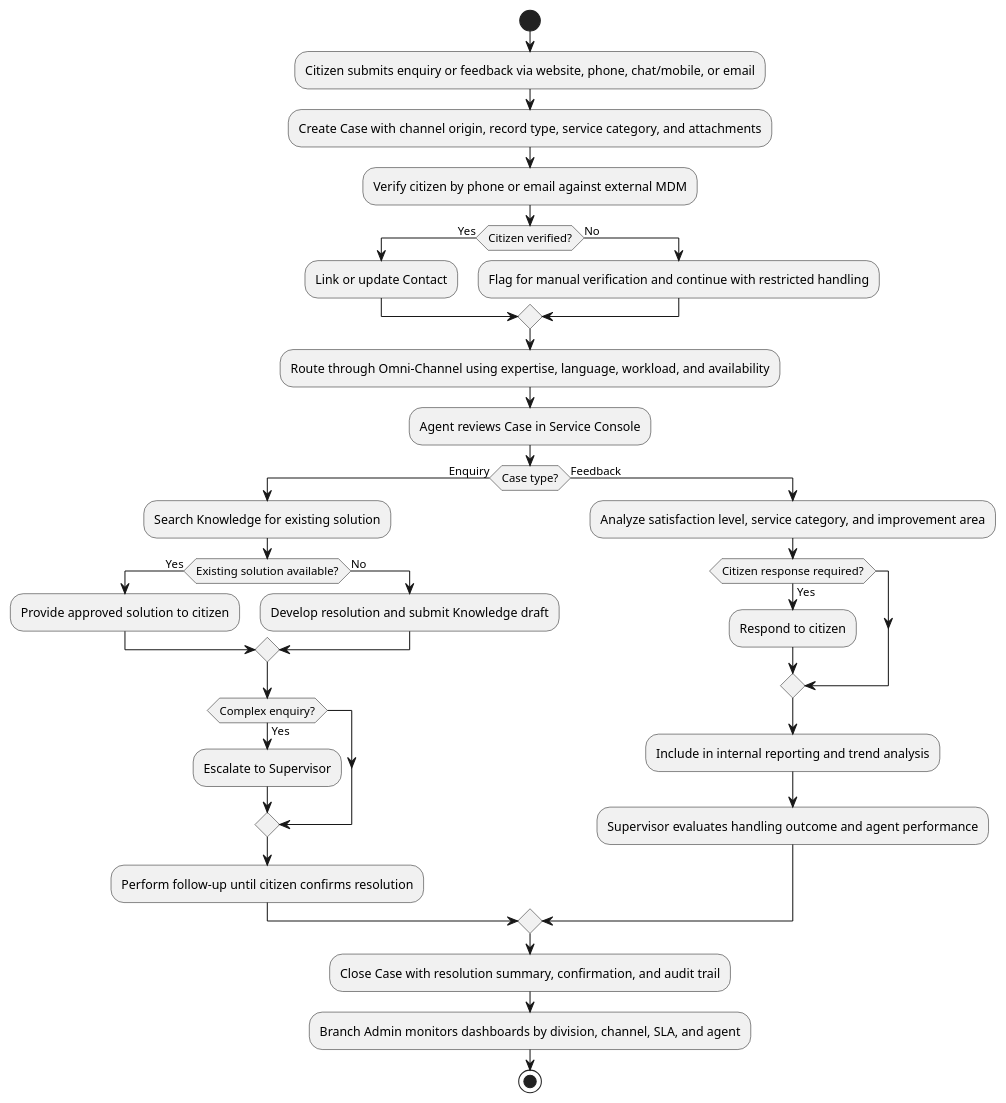
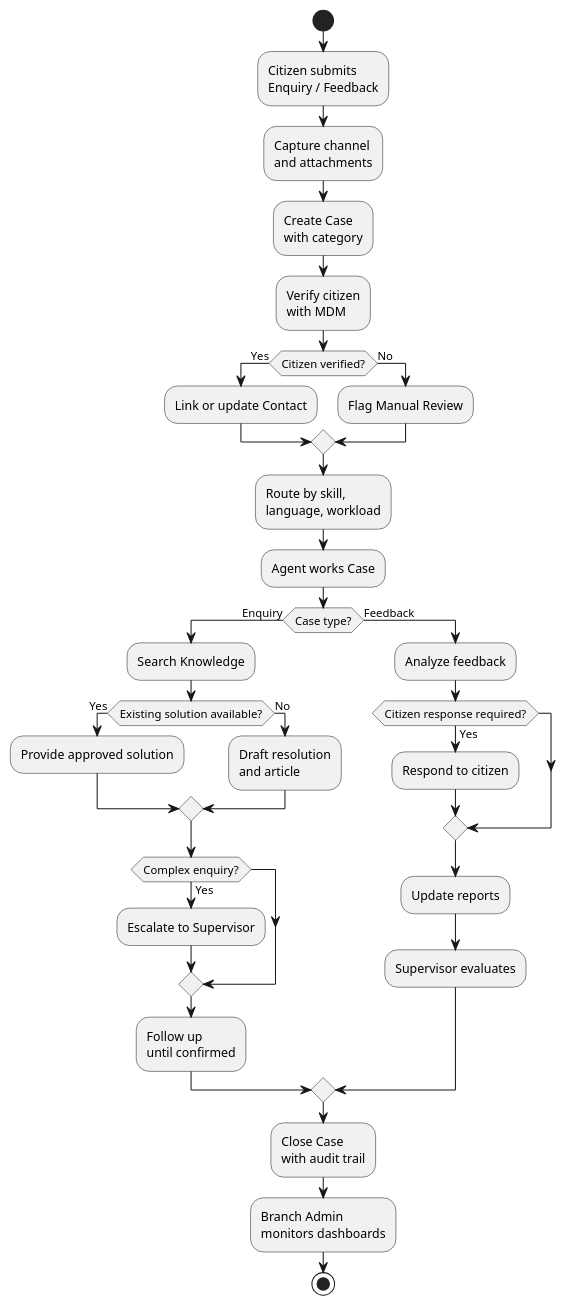
Before and after one commit to jimmytobing/virtusa: the diagram in puml task2/06.01 Citizen Case Management Lifecycle.puml, drawn with PlantUML. The commit also changed 29 other files, not shown here.

```diff
--- a/puml task2/06.01 Citizen Case Management Lifecycle.puml
+++ b/puml task2/06.01 Citizen Case Management Lifecycle.puml
@@ -1,41 +1,42 @@
 @startuml
 start
 
-:Citizen submits enquiry or feedback via website, phone, chat/mobile, or email;
-:Create Case with channel origin, record type, service category, and attachments;
-:Verify citizen by phone or email against external MDM;
+:Citizen submits\nEnquiry / Feedback;
+:Capture channel\nand attachments;
+:Create Case\nwith category;
+:Verify citizen\nwith MDM;
 
 if (Citizen verified?) then (Yes)
   :Link or update Contact;
 else (No)
-  :Flag for manual verification and continue with restricted handling;
+  :Flag Manual Review;
 endif
 
-:Route through Omni-Channel using expertise, language, workload, and availability;
-:Agent reviews Case in Service Console;
+:Route by skill,\nlanguage, workload;
+:Agent works Case;
 
 if (Case type?) then (Enquiry)
-  :Search Knowledge for existing solution;
+  :Search Knowledge;
   if (Existing solution available?) then (Yes)
-    :Provide approved solution to citizen;
+    :Provide approved solution;
   else (No)
-    :Develop resolution and submit Knowledge draft;
+    :Draft resolution\nand article;
   endif
   if (Complex enquiry?) then (Yes)
     :Escalate to Supervisor;
   endif
-  :Perform follow-up until citizen confirms resolution;
+  :Follow up\nuntil confirmed;
 else (Feedback)
-  :Analyze satisfaction level, service category, and improvement area;
+  :Analyze feedback;
   if (Citizen response required?) then (Yes)
     :Respond to citizen;
   endif
-  :Include in internal reporting and trend analysis;
-  :Supervisor evaluates handling outcome and agent performance;
+  :Update reports;
+  :Supervisor evaluates;
 endif
 
-:Close Case with resolution summary, confirmation, and audit trail;
-:Branch Admin monitors dashboards by division, channel, SLA, and agent;
+:Close Case\nwith audit trail;
+:Branch Admin\nmonitors dashboards;
 
 stop
 @enduml
```
